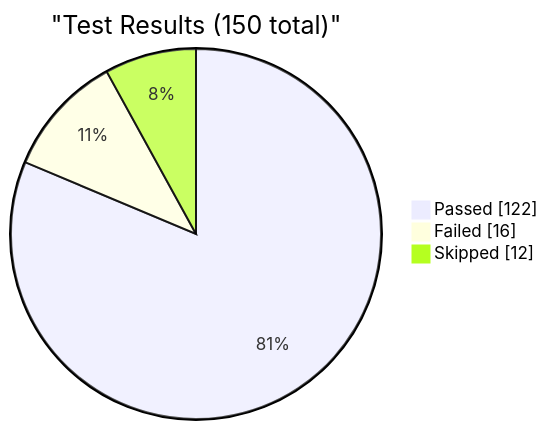
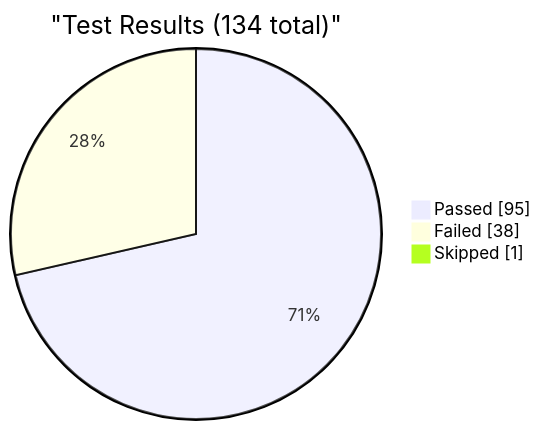
Before and after one commit to EliteaAI/onetest-ai-tm-Elitea: the first of 4 diagrams in reports/dashboard.md, drawn with Mermaid. The commit also changed other lines of this file and 1 other file, not shown here.

Commit message:
dashboard: update test metrics for RUN-ELITEA-2026-08-21-3-DEV-ALL-ALL-SCHEDULED-FAILED

````diff
--- a/reports/dashboard.md
+++ b/reports/dashboard.md
@@ -9,7 +9,7 @@
 ```mermaid
 pie showData
-    title "Test Results (150 total)"
-    "Passed" : 122
-    "Failed" : 16
-    "Skipped" : 12
+    title "Test Results (134 total)"
+    "Passed" : 95
+    "Failed" : 38
+    "Skipped" : 1
 ```
````
